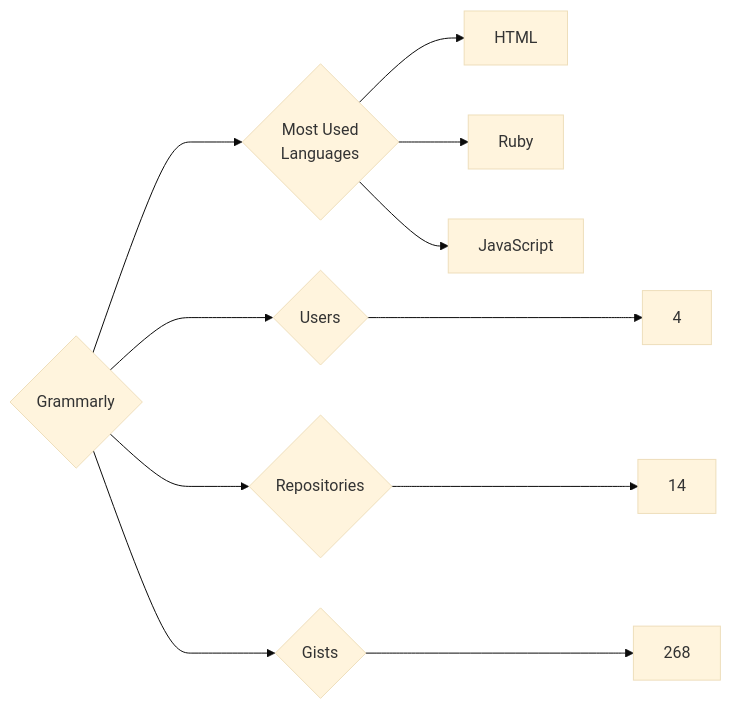
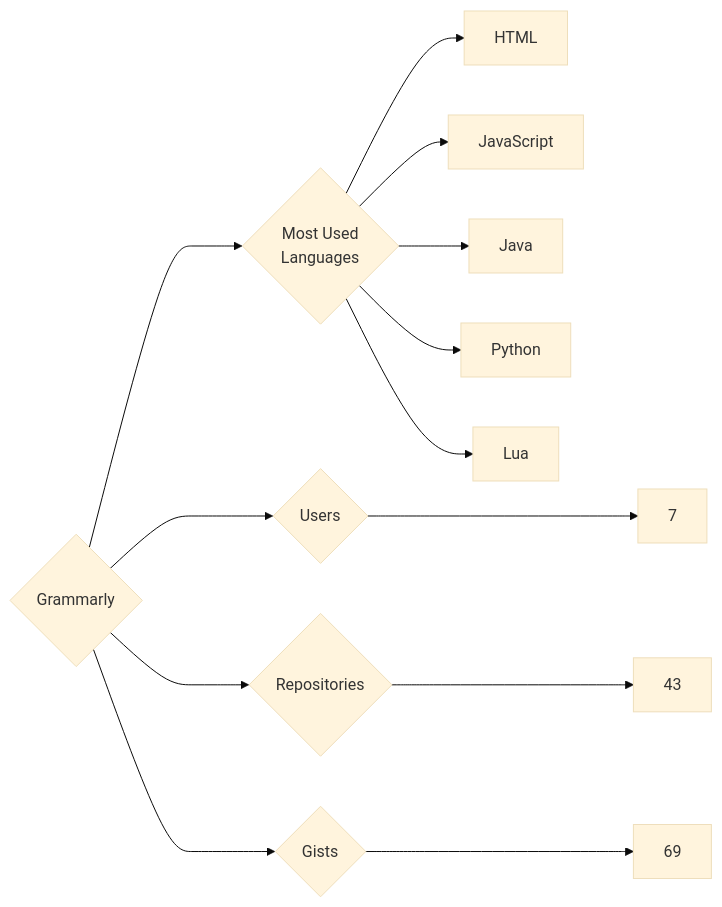
The diagram in targets/Grammarly/README.md (trickest/insiders), drawn with Mermaid (base theme) before and after one commit. The commit also changed 840 other files, not shown here.

````diff
--- a/targets/Grammarly/README.md
+++ b/targets/Grammarly/README.md
@@ -3,11 +3,13 @@
 ```mermaid
 graph LR
 COMPANY_NAME{Grammarly}
-COMPANY_NAME ---> U{Users} ---> UN[4]
-COMPANY_NAME ---> R{Repositories} ---> RN[14]
-COMPANY_NAME ---> G{Gists} ---> GN[268]
+COMPANY_NAME ---> U{Users} ---> UN[7]
+COMPANY_NAME ---> R{Repositories} ---> RN[43]
+COMPANY_NAME ---> G{Gists} ---> GN[69]
 COMPANY_NAME ---> ML{Most Used<br>Languages}
 ML --> HTML[HTML]
-ML --> Ruby[Ruby]
 ML --> JavaScript[JavaScript]
+ML --> Java[Java]
+ML --> Python[Python]
+ML --> Lua[Lua]
 ```
````
